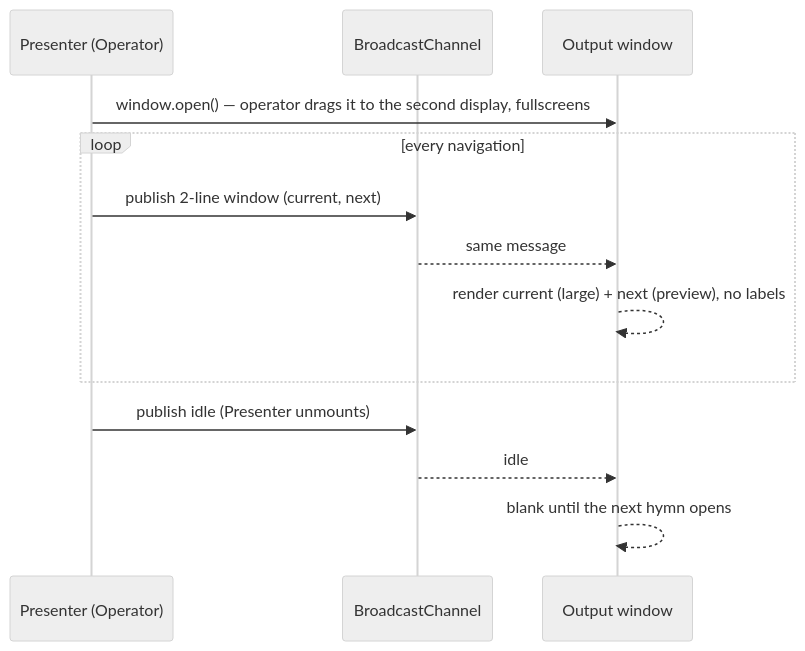
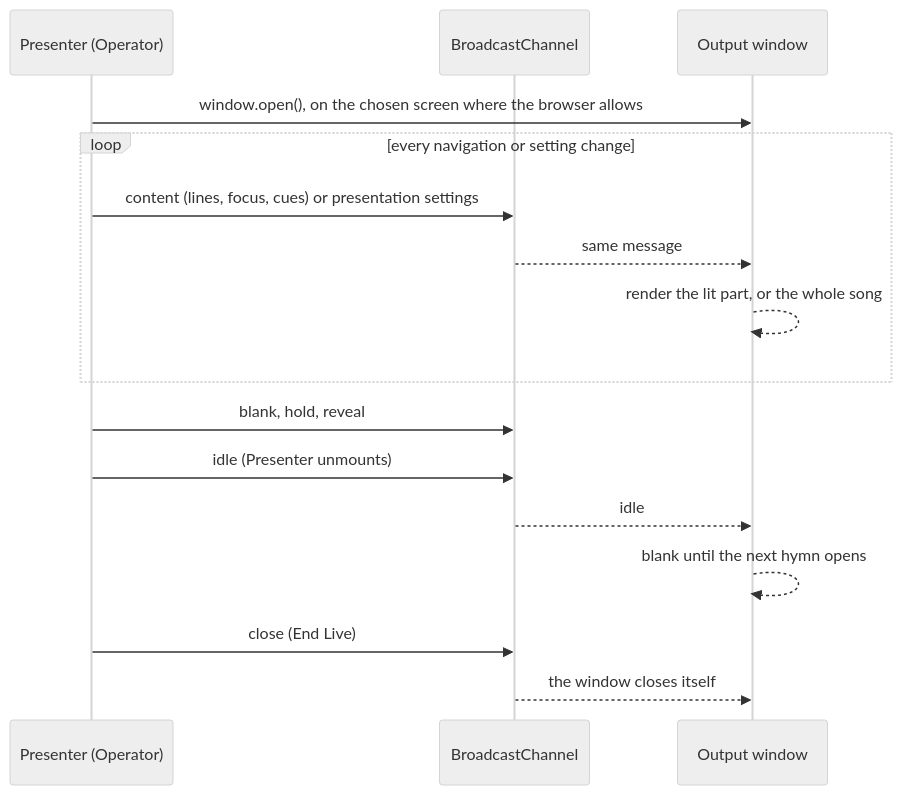
Before and after one commit to nandgator/hymnal: the fourth of 5 diagrams in docs/architecture/arc42.md, drawn with Mermaid (neutral theme). The commit also changed other lines of this file and 11 other files, not shown here.

````diff
--- a/docs/architecture/arc42.md
+++ b/docs/architecture/arc42.md
@@ -346,16 +359,19 @@
 ```mermaid
 sequenceDiagram
     participant P as Presenter (Operator)
     participant C as BroadcastChannel
     participant O as Output window
 
-    P->>O: window.open() — operator drags it to the second display, fullscreens
-    loop every navigation
-        P->>C: publish 2-line window (current, next)
+    P->>O: window.open(), on the chosen screen where the browser allows
+    loop every navigation or setting change
+        P->>C: content (lines, focus, cues) or presentation settings
         C-->>O: same message
-        O-->>O: render current (large) + next (preview), no labels
+        O-->>O: render the lit part, or the whole song
     end
-    P->>C: publish idle (Presenter unmounts)
+    P->>C: blank, hold, reveal
+    P->>C: idle (Presenter unmounts)
     C-->>O: idle
     O-->>O: blank until the next hymn opens
+    P->>C: close (End Live)
+    C-->>O: the window closes itself
 ```
````
